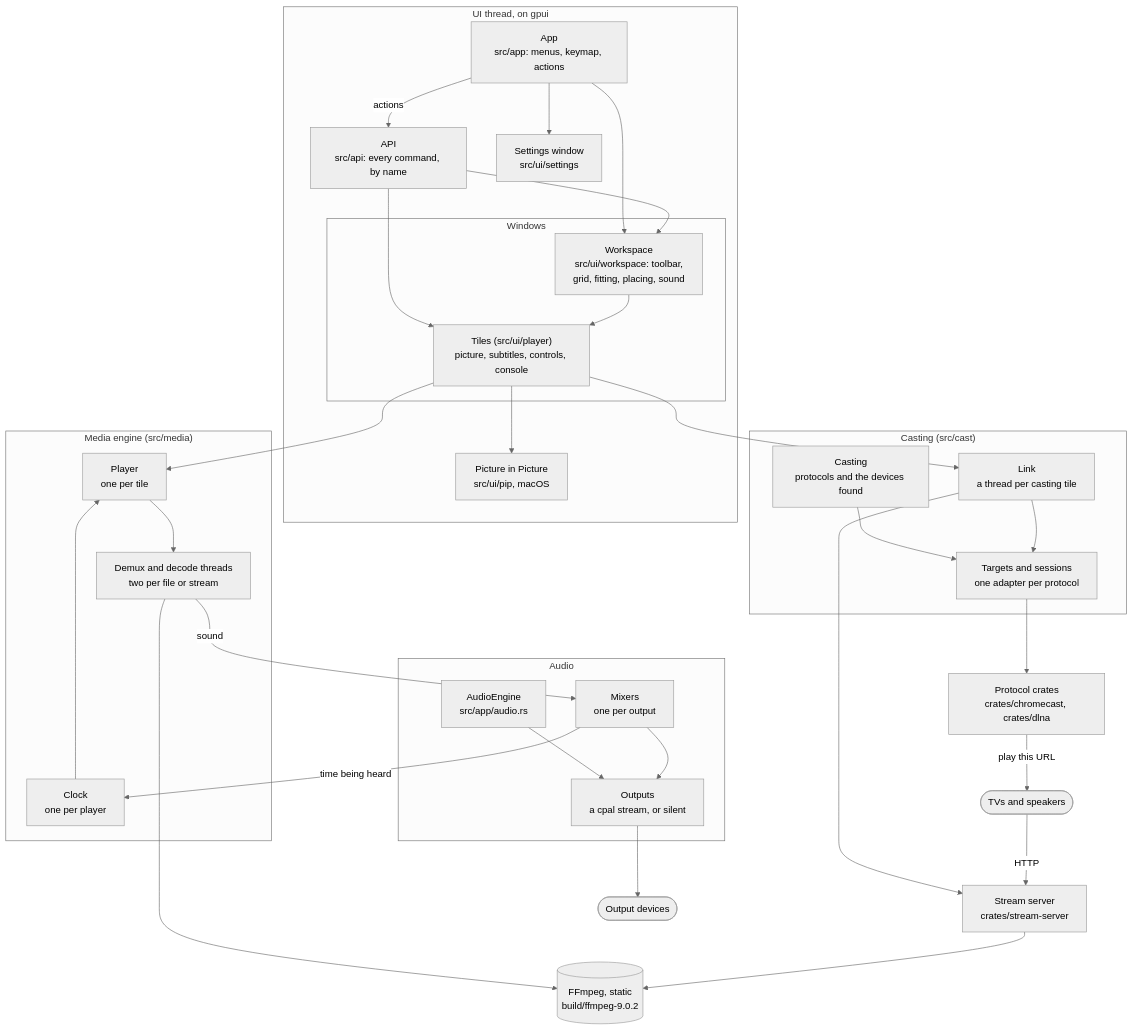
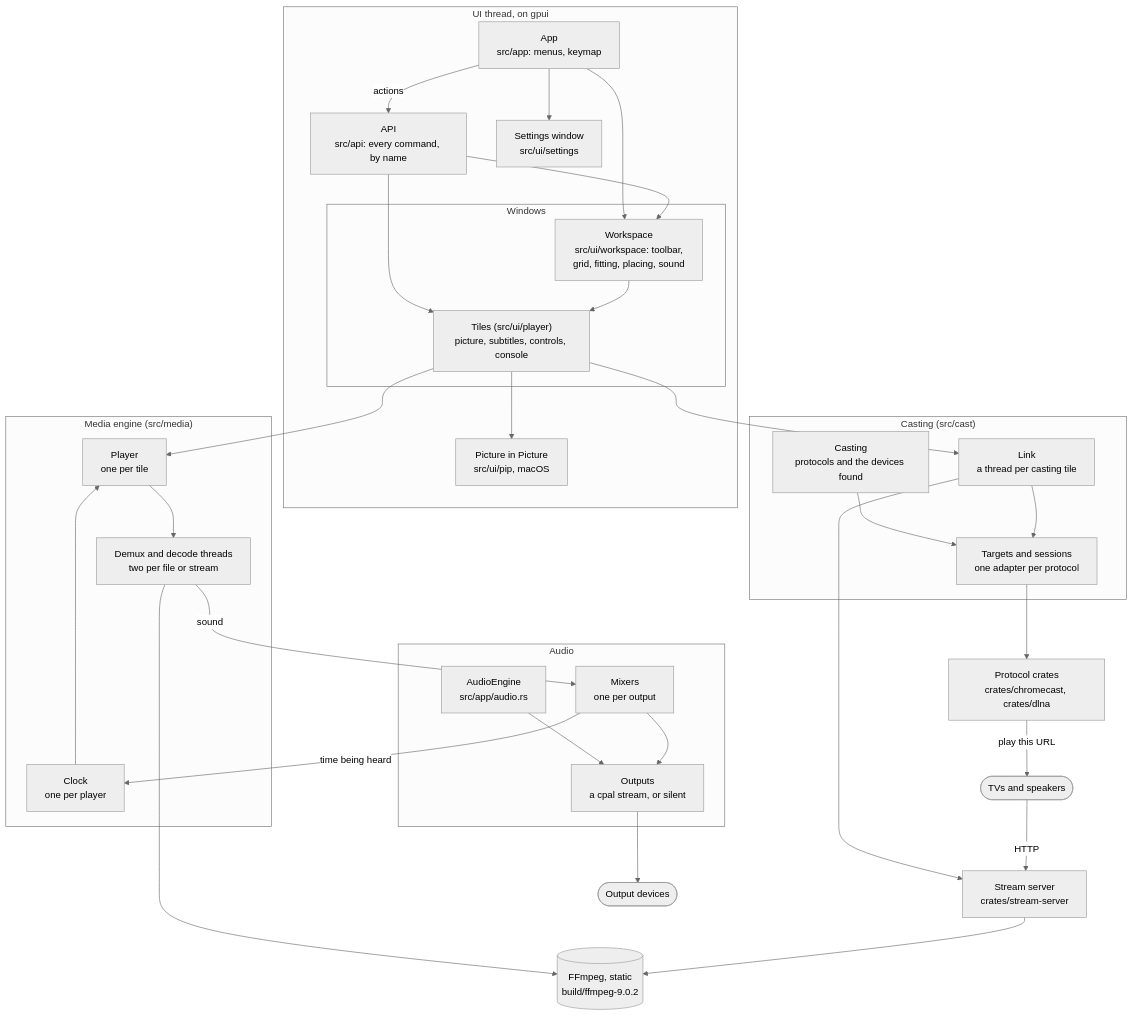
Before and after one commit to velocityzen/Plays: the first of 6 diagrams in ARCHITECTURE.md, drawn with Mermaid (neutral theme). The commit also changed other lines of this file and 37 other files, not shown here.

````diff
--- a/ARCHITECTURE.md
+++ b/ARCHITECTURE.md
@@ -29,62 +29,62 @@
 ```mermaid
 flowchart TB
     subgraph uithread ["UI thread, on gpui"]
-        app["App<br/>src/app: menus, keymap, actions"]
+        app["App<br/>src/app: menus, keymap"]
         api["API<br/>src/api: every command, by name"]
         settings["Settings window<br/>src/ui/settings"]
         subgraph windows ["Windows"]
             workspace["Workspace<br/>src/ui/workspace: toolbar,<br/>grid, fitting, placing, sound"]
             tiles["Tiles (src/ui/player)<br/>picture, subtitles, controls, console"]
         end
         pip["Picture in Picture<br/>src/ui/pip, macOS"]
     end
 
     subgraph media ["Media engine (src/media)"]
         player["Player<br/>one per tile"]
         threads["Demux and decode threads<br/>two per file or stream"]
         clock["Clock<br/>one per player"]
     end
 
     subgraph audio ["Audio"]
         engine["AudioEngine<br/>src/app/audio.rs"]
         mixers["Mixers<br/>one per output"]
         outputs["Outputs<br/>a cpal stream, or silent"]
     end
 
     subgraph cast ["Casting (src/cast)"]
         casting["Casting<br/>protocols and the devices found"]
         link["Link<br/>a thread per casting tile"]
         targets["Targets and sessions<br/>one adapter per protocol"]
     end
 
     crates["Protocol crates<br/>crates/chromecast, crates/dlna"]
     server["Stream server<br/>crates/stream-server"]
     ffmpeg[("FFmpeg, static<br/>build/ffmpeg-9.0.2")]
     speakers(["Output devices"])
     devices(["TVs and speakers"])
 
     app --> workspace
     app --> settings
     app -->|"actions"| api
     api --> workspace
     api --> tiles
     workspace --> tiles
     tiles --> player
     tiles --> pip
     player --> threads
     threads --> ffmpeg
     threads -->|"sound"| mixers
     mixers -->|"time being heard"| clock
     clock --> player
     engine --> outputs
     mixers --> outputs
     outputs --> speakers
     tiles --> link
     casting --> targets
     link --> targets
     link --> server
     targets --> crates
     crates -->|"play this URL"| devices
     devices -->|"HTTP"| server
     server --> ffmpeg
 ```
````
